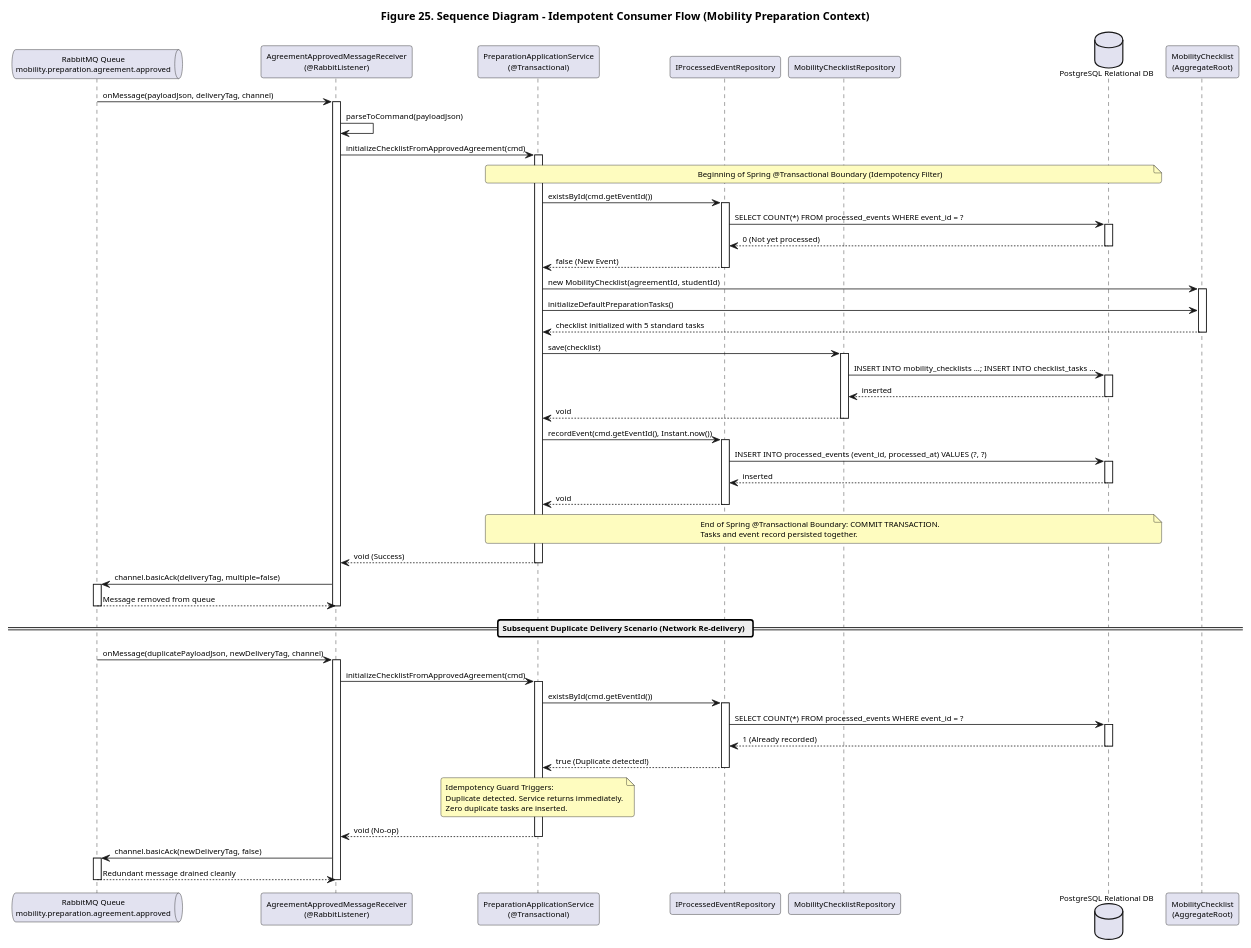
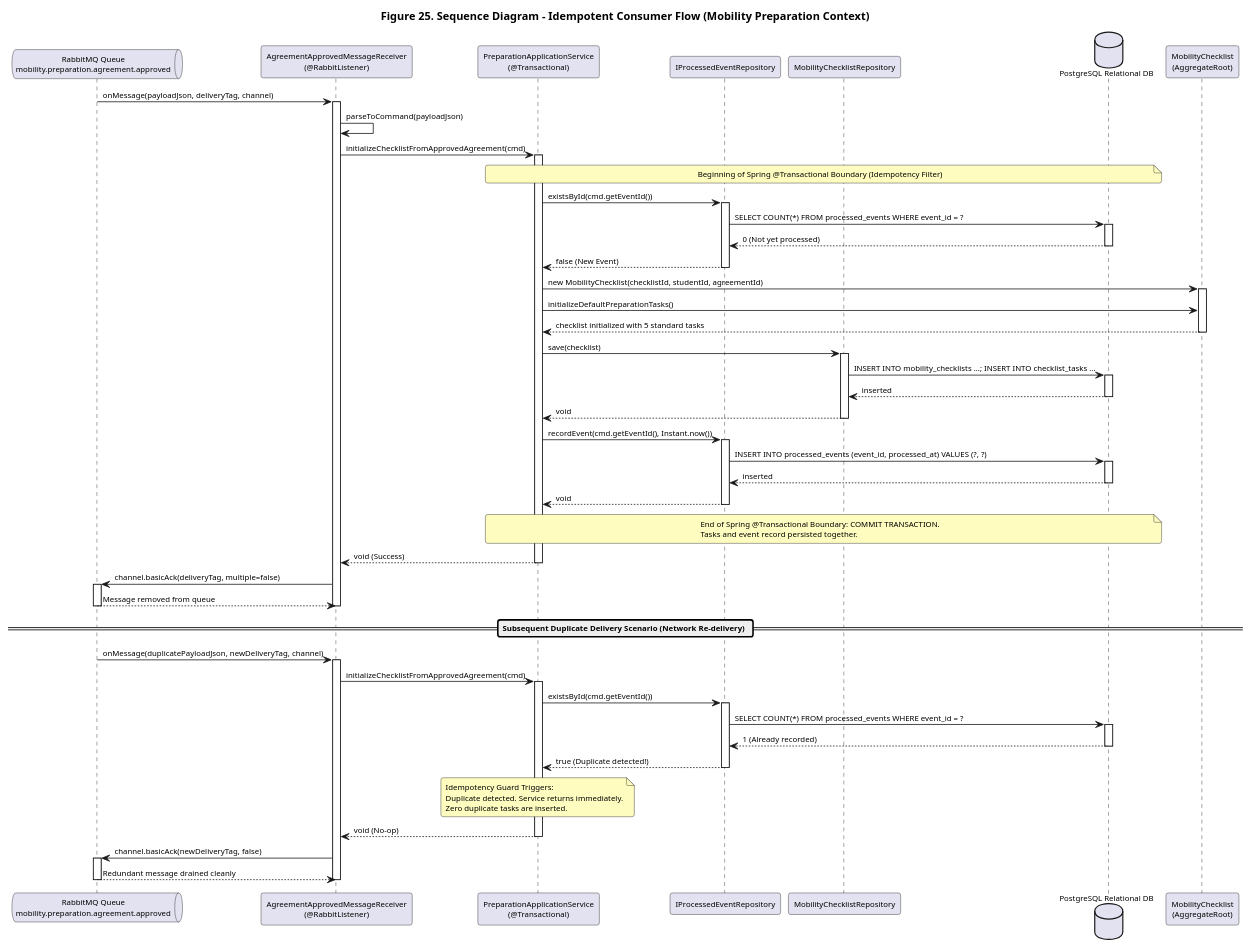
Before and after one commit to prigo929/erasmus-mobility-platform: the diagram in docs/diagrams/fig25-sequence-outbox-consumer.puml, drawn with PlantUML. The commit also changed 39 other files, not shown here.

```diff
--- a/docs/diagrams/fig25-sequence-outbox-consumer.puml
+++ b/docs/diagrams/fig25-sequence-outbox-consumer.puml
@@ -1,108 +1,108 @@
 @startuml
 title Figure 25. Sequence Diagram - Idempotent Consumer Flow (Mobility Preparation Context)
 skinparam backgroundColor #FFFFFF
 skinparam defaultFontName "Helvetica", "Arial", sans-serif
 skinparam defaultFontSize 10
 skinparam roundCorner 6
 
 queue "RabbitMQ Queue\nmobility.preparation.agreement.approved" as Broker
 participant "AgreementApprovedMessageReceiver\n(@RabbitListener)" as Receiver
 participant "PreparationApplicationService\n(@Transactional)" as AppService
 participant "IProcessedEventRepository" as ProcessedEventRepo
 participant "MobilityChecklistRepository" as ChecklistRepo
 database "PostgreSQL Relational DB" as DB
 participant "MobilityChecklist\n(AggregateRoot)" as Aggregate
 
 Broker -> Receiver : onMessage(payloadJson, deliveryTag, channel)
 activate Receiver
 
 Receiver -> Receiver : parseToCommand(payloadJson)
 Receiver -> AppService : initializeChecklistFromApprovedAgreement(cmd)
 activate AppService
 
 note over AppService, DB #FEFCBF
   Beginning of Spring @Transactional Boundary (Idempotency Filter)
 end note
 
 AppService -> ProcessedEventRepo : existsById(cmd.getEventId())
 activate ProcessedEventRepo
 
 ProcessedEventRepo -> DB : SELECT COUNT(*) FROM processed_events WHERE event_id = ?
 activate DB
 DB --> ProcessedEventRepo : 0 (Not yet processed)
 deactivate DB
 
 ProcessedEventRepo --> AppService : false (New Event)
 deactivate ProcessedEventRepo
 
-AppService -> Aggregate : new MobilityChecklist(agreementId, studentId)
+AppService -> Aggregate : new MobilityChecklist(checklistId, studentId, agreementId)
 activate Aggregate
 AppService -> Aggregate : initializeDefaultPreparationTasks()
 Aggregate --> AppService : checklist initialized with 5 standard tasks
 deactivate Aggregate
 
 AppService -> ChecklistRepo : save(checklist)
 activate ChecklistRepo
 ChecklistRepo -> DB : INSERT INTO mobility_checklists ...; INSERT INTO checklist_tasks ...
 activate DB
 DB --> ChecklistRepo : inserted
 deactivate DB
 ChecklistRepo --> AppService : void
 deactivate ChecklistRepo
 
 AppService -> ProcessedEventRepo : recordEvent(cmd.getEventId(), Instant.now())
 activate ProcessedEventRepo
 ProcessedEventRepo -> DB : INSERT INTO processed_events (event_id, processed_at) VALUES (?, ?)
 activate DB
 DB --> ProcessedEventRepo : inserted
 deactivate DB
 ProcessedEventRepo --> AppService : void
 deactivate ProcessedEventRepo
 
 note over AppService, DB #FEFCBF
   End of Spring @Transactional Boundary: COMMIT TRANSACTION.
   Tasks and event record persisted together.
 end note
 
 AppService --> Receiver : void (Success)
 deactivate AppService
 
 Receiver -> Broker : channel.basicAck(deliveryTag, multiple=false)
 activate Broker
 Broker --> Receiver : Message removed from queue
 deactivate Broker
 
 deactivate Receiver
 
 == Subsequent Duplicate Delivery Scenario (Network Re-delivery) ==
 
 Broker -> Receiver : onMessage(duplicatePayloadJson, newDeliveryTag, channel)
 activate Receiver
 Receiver -> AppService : initializeChecklistFromApprovedAgreement(cmd)
 activate AppService
 
 AppService -> ProcessedEventRepo : existsById(cmd.getEventId())
 activate ProcessedEventRepo
 ProcessedEventRepo -> DB : SELECT COUNT(*) FROM processed_events WHERE event_id = ?
 activate DB
 DB --> ProcessedEventRepo : 1 (Already recorded)
 deactivate DB
 ProcessedEventRepo --> AppService : true (Duplicate detected!)
 deactivate ProcessedEventRepo
 
 note over AppService #FEFCBF
   Idempotency Guard Triggers:
   Duplicate detected. Service returns immediately.
   Zero duplicate tasks are inserted.
 end note
 
 AppService --> Receiver : void (No-op)
 deactivate AppService
 
 Receiver -> Broker : channel.basicAck(newDeliveryTag, false)
 activate Broker
 Broker --> Receiver : Redundant message drained cleanly
 deactivate Broker
 deactivate Receiver
 
 @enduml
```
